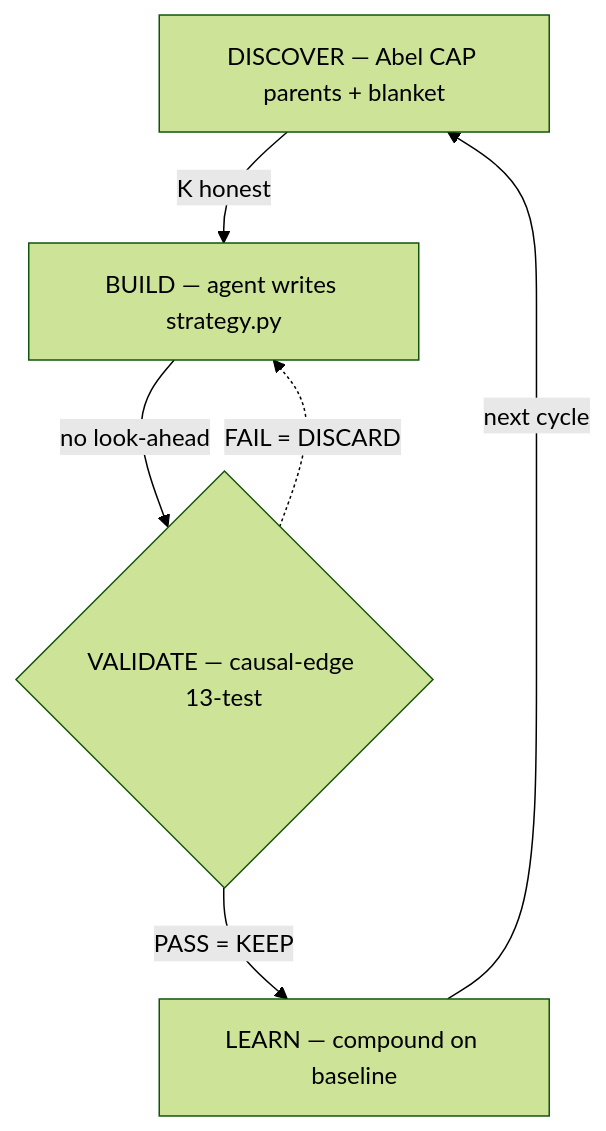
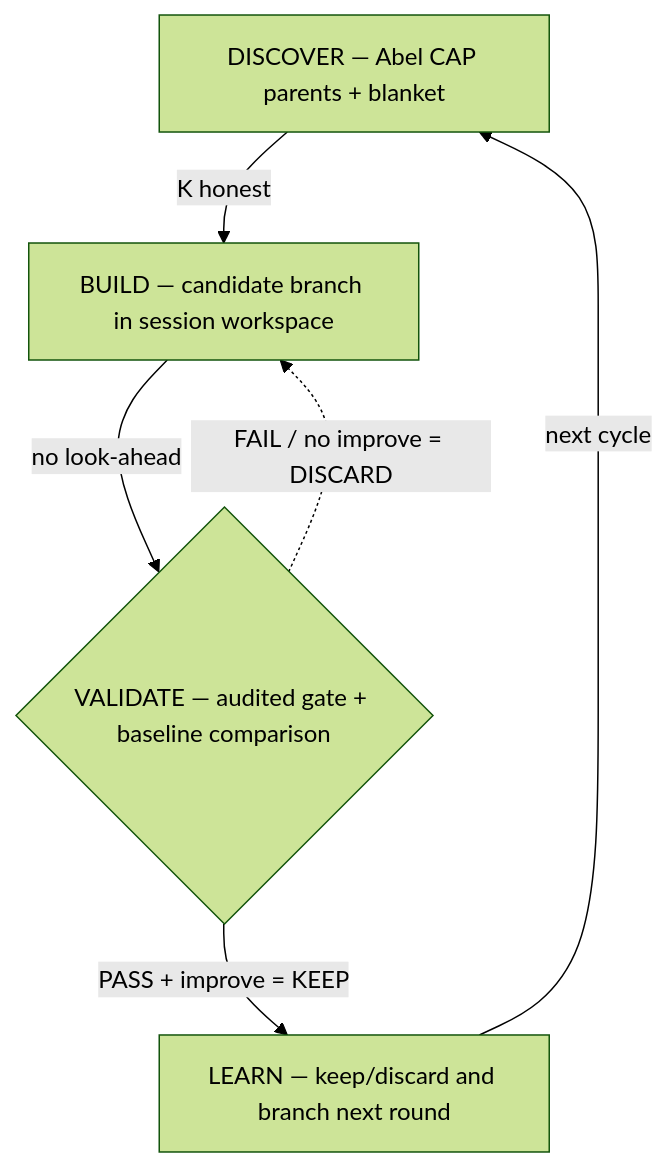
Before and after one commit to Abel-ai-causality/Abel-alpha: the diagram in README.md, drawn with Mermaid (forest theme). The commit also changed other lines of this file and 3 other files, not shown here.

Commit message:
docs: align alpha with branch-based research flow

````diff
--- a/README.md
+++ b/README.md
@@ -23,13 +21,13 @@
 ```mermaid
 flowchart TD
     D["DISCOVER — Abel CAP parents + blanket"]
-    B["BUILD — agent writes strategy.py"]
-    V{"VALIDATE — causal-edge 13-test"}
-    L["LEARN — compound on baseline"]
+    B["BUILD — candidate branch in session workspace"]
+    V{"VALIDATE — audited gate + baseline comparison"}
+    L["LEARN — keep/discard and branch next round"]
 
     D -->|"K honest"| B
     B -->|"no look-ahead"| V
-    V -->|"PASS = KEEP"| L
-    V -.->|"FAIL = DISCARD"| B
+    V -->|"PASS + improve = KEEP"| L
+    V -.->|"FAIL / no improve = DISCARD"| B
     L -->|"next cycle"| D
 ```
````
